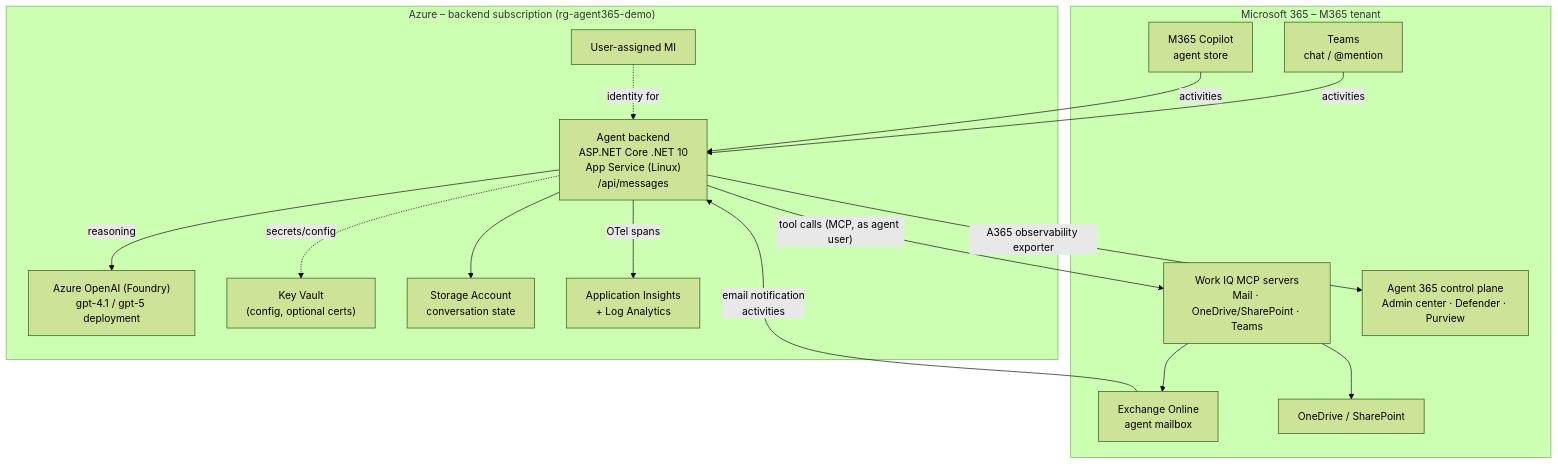
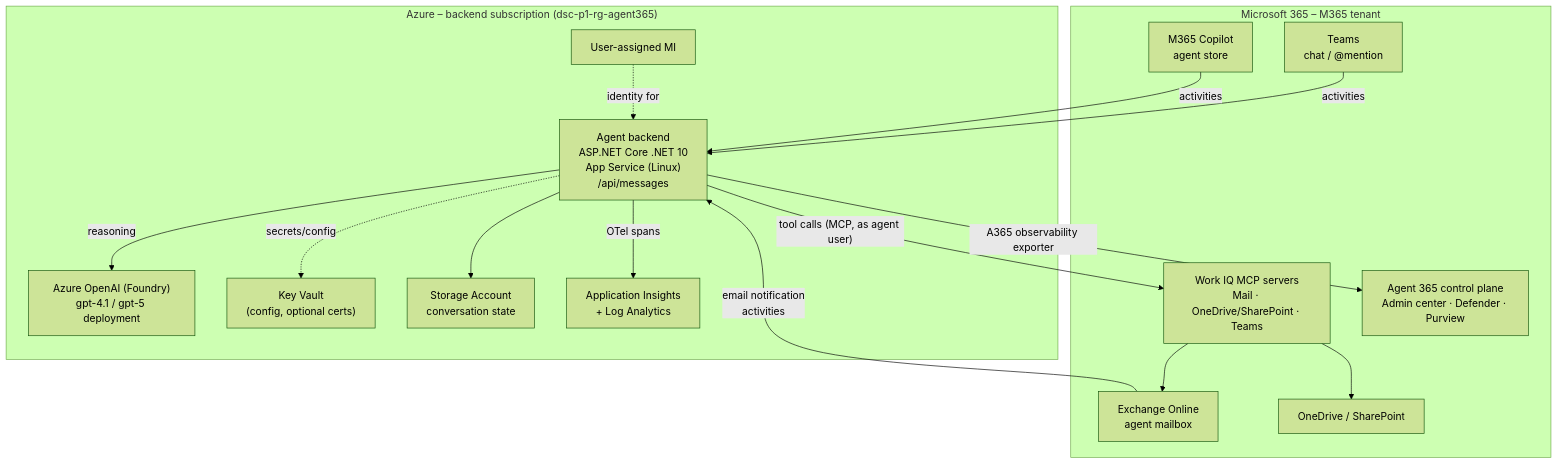
Before and after one commit to fiddi/agent365-demo: the second of 3 diagrams in docs/architecture.md, drawn with Mermaid (forest theme). The commit also changed other lines of this file and 2 other files, not shown here.

````diff
--- a/docs/architecture.md
+++ b/docs/architecture.md
@@ -73,33 +81,33 @@
 ```mermaid
 flowchart TB
   subgraph M365["Microsoft 365 – M365 tenant"]
     Teams["Teams<br/>chat / @mention"]
     Copilot["M365 Copilot<br/>agent store"]
     Outlook["Exchange Online<br/>agent mailbox"]
     ODSP["OneDrive / SharePoint"]
     WorkIQ["Work IQ MCP servers<br/>Mail · OneDrive/SharePoint · Teams"]
     Gov["Agent 365 control plane<br/>Admin center · Defender · Purview"]
   end
 
-  subgraph Azure["Azure – backend subscription (rg-agent365-demo)"]
+  subgraph Azure["Azure – backend subscription (dsc-p1-rg-agent365)"]
     App["Agent backend<br/>ASP.NET Core .NET 10<br/>App Service (Linux)<br/>/api/messages"]
     AOAI["Azure OpenAI (Foundry)<br/>gpt-4.1 / gpt-5 deployment"]
     KV["Key Vault<br/>(config, optional certs)"]
     State["Storage Account<br/>conversation state"]
     AppI["Application Insights<br/>+ Log Analytics"]
     MI["User-assigned MI"]
   end
 
   Teams -- "activities" --> App
   Copilot -- "activities" --> App
   Outlook -- "email notification<br/>activities" --> App
   App -- "tool calls (MCP, as agent user)" --> WorkIQ
   WorkIQ --> Outlook
   WorkIQ --> ODSP
   App -- "reasoning" --> AOAI
   App --> State
   App -- "OTel spans" --> AppI
   App -- "A365 observability exporter" --> Gov
   MI -. "identity for" .-> App
   App -. "secrets/config" .-> KV
 ```
````
